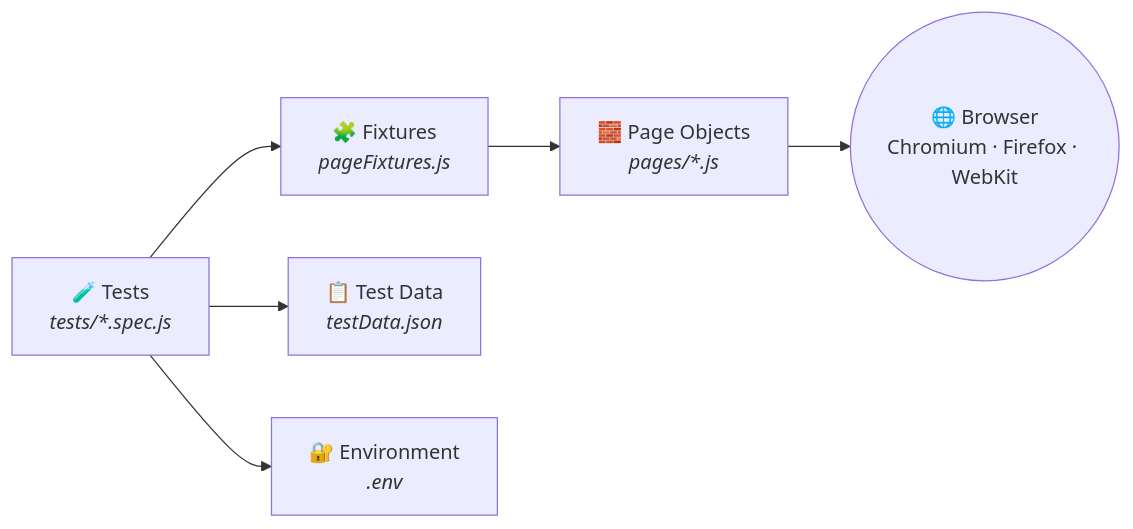
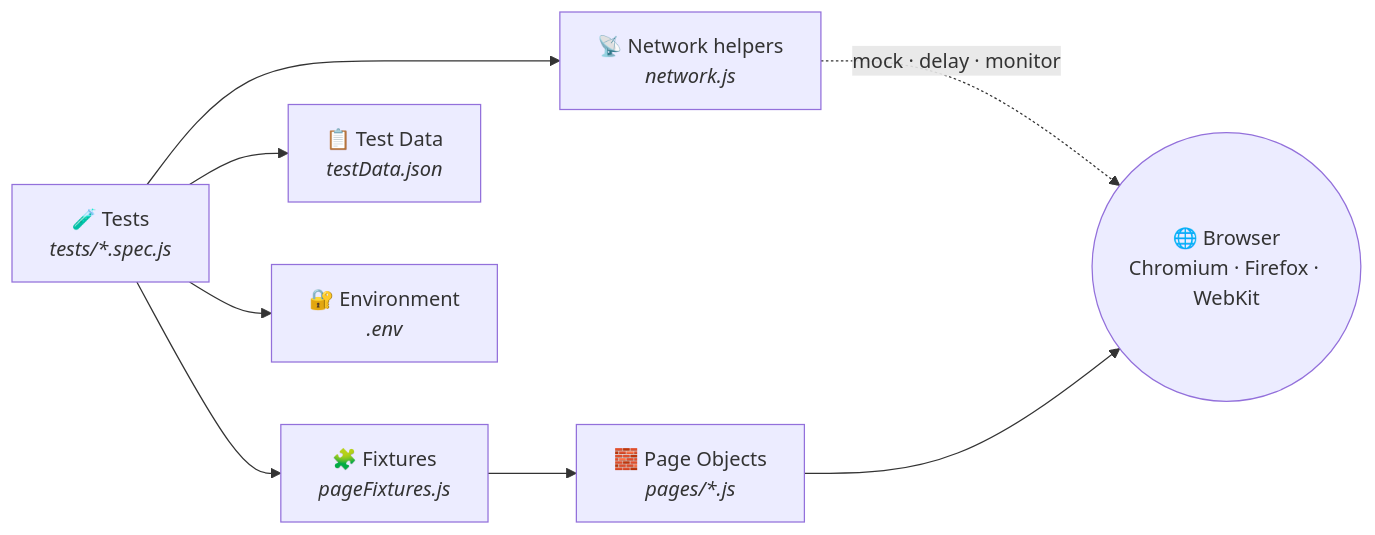
The first of 2 diagrams in README.md (Pubudugunawardhana/E-Commerce-End-to-End-UI-Automation-Framework), drawn with Mermaid before and after one commit. The commit also changed other lines of this file and 2 other files, not shown here.

Commit message:
feat: update README to include network resilience testing details and add network mocking script to package.json

````diff
--- a/README.md
+++ b/README.md
@@ -97,8 +126,10 @@
 ```mermaid
 flowchart LR
     T["🧪 Tests<br/><i>tests/*.spec.js</i>"] --> F["🧩 Fixtures<br/><i>pageFixtures.js</i>"]
     F --> P["🧱 Page Objects<br/><i>pages/*.js</i>"]
     T --> D["📋 Test Data<br/><i>testData.json</i>"]
     T --> E["🔐 Environment<br/><i>.env</i>"]
+    T --> N["📡 Network helpers<br/><i>network.js</i>"]
+    N -. "mock · delay · monitor" .-> B
     P --> B(("🌐 Browser<br/>Chromium · Firefox · WebKit"))
 ```
````
